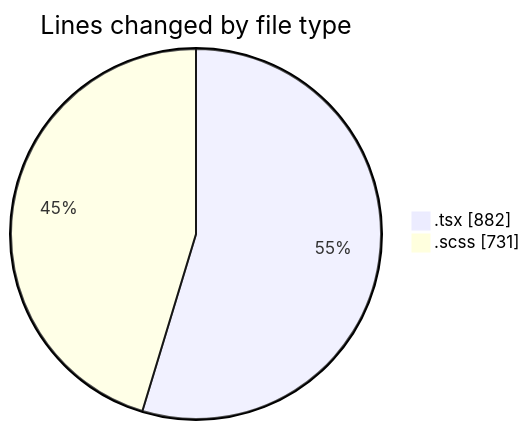
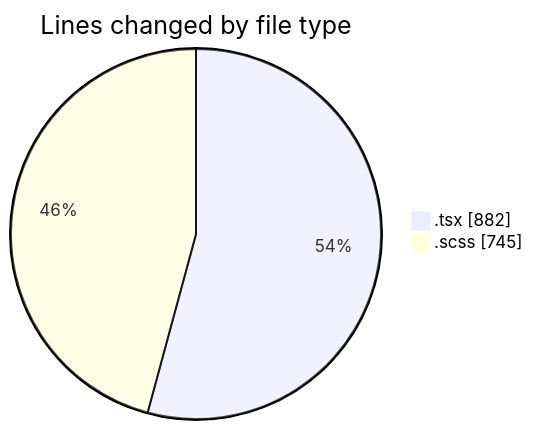
One commit to momahboobian/code-tracking changed the first of 2 diagrams in 2025-10-06/cda/README.md. Above: the diagram before and after it, drawn with Mermaid. The commit also changed other lines of this file and 1 other file, not shown here.

````diff
--- a/2025-10-06/cda/README.md
+++ b/2025-10-06/cda/README.md
@@ -24,6 +24,6 @@
 ```mermaid
 pie showData
 title Lines changed by file type
 ".tsx" : 882
-".scss" : 731
+".scss" : 745
 ```
````
